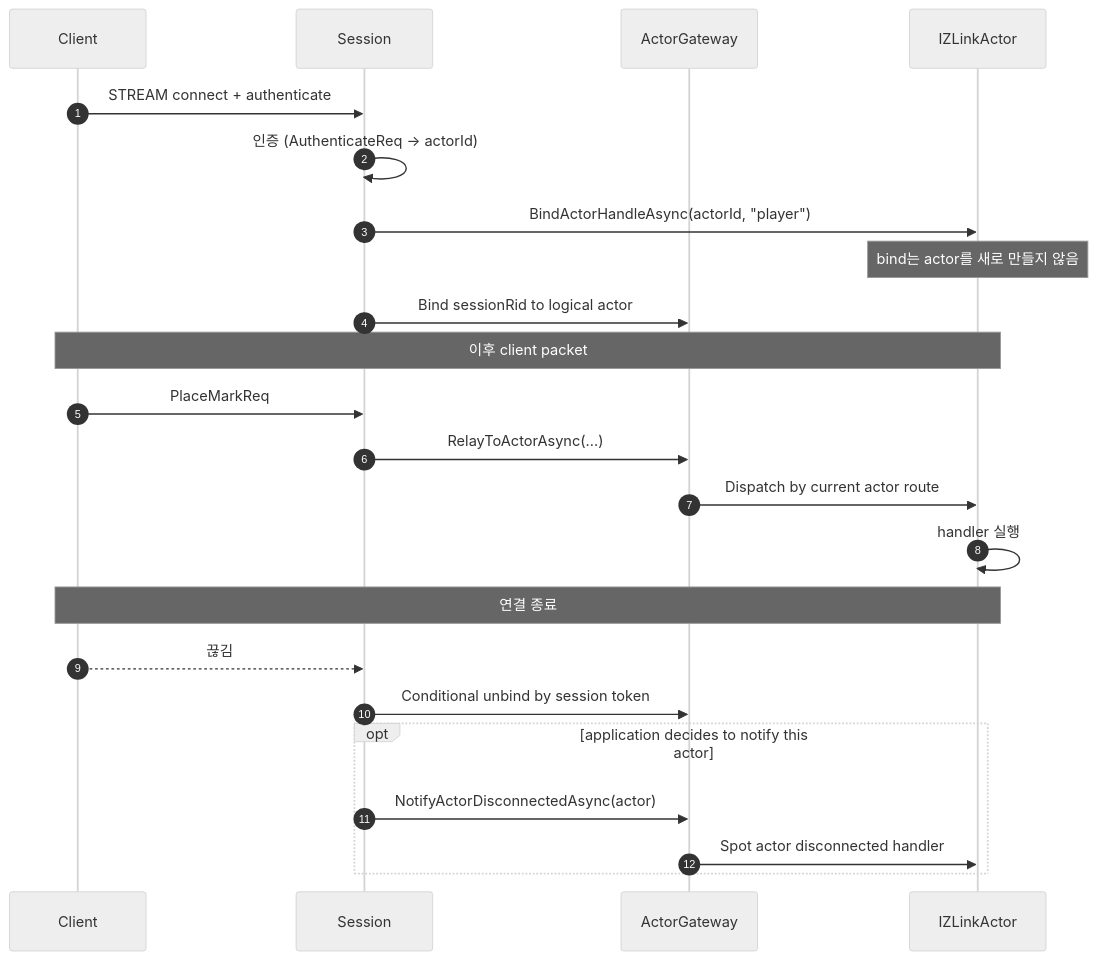
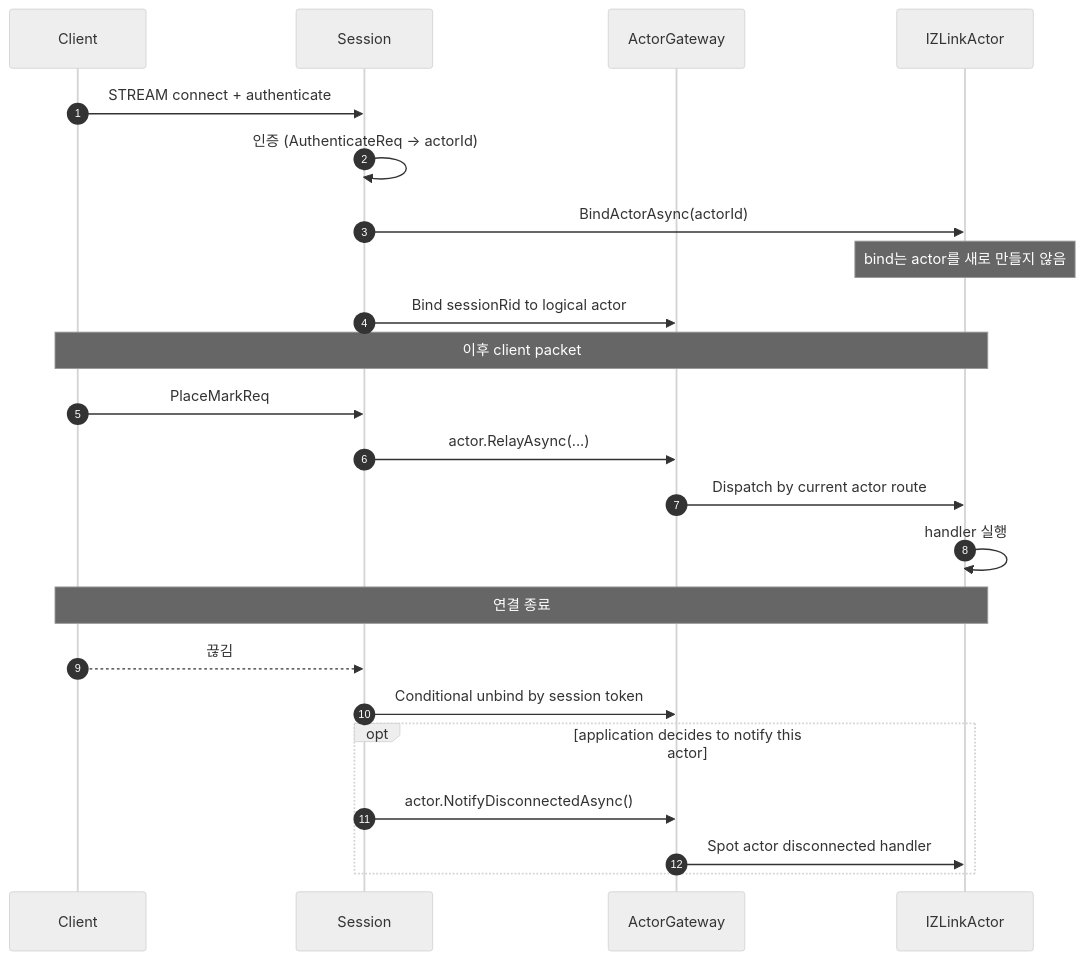
Before and after one commit to kairos-code-dev/zlink: the second of 3 diagrams in framework/languages/dotnet/doc/spec/aspnet-core-actor.ko.md, drawn with Mermaid (neutral theme). The commit also changed other lines of this file and 49 other files, not shown here.

````diff
--- a/framework/languages/dotnet/doc/spec/aspnet-core-actor.ko.md
+++ b/framework/languages/dotnet/doc/spec/aspnet-core-actor.ko.md
@@ -771,28 +769,28 @@
 ```mermaid
 sequenceDiagram
     autonumber
     participant C as Client
     participant S as Session
     participant G as ActorGateway
     participant Act as IZLinkActor
 
     C->>S: STREAM connect + authenticate
     S->>S: 인증 (AuthenticateReq → actorId)
-    S->>Act: BindActorHandleAsync(actorId, "player")
+    S->>Act: BindActorAsync(actorId)
     Note over Act: bind는 actor를 새로 만들지 않음
     S->>G: Bind sessionRid to logical actor
 
     Note over C,Act: 이후 client packet
     C->>S: PlaceMarkReq
-    S->>G: RelayToActorAsync(...)
+    S->>G: actor.RelayAsync(...)
     G->>Act: Dispatch by current actor route
     Act->>Act: handler 실행
 
     Note over C,Act: 연결 종료
     C-->>S: 끊김
     S->>G: Conditional unbind by session token
     opt application decides to notify this actor
-        S->>G: NotifyActorDisconnectedAsync(actor)
+        S->>G: actor.NotifyDisconnectedAsync()
         G->>Act: Spot actor disconnected handler
     end
 ```
````
